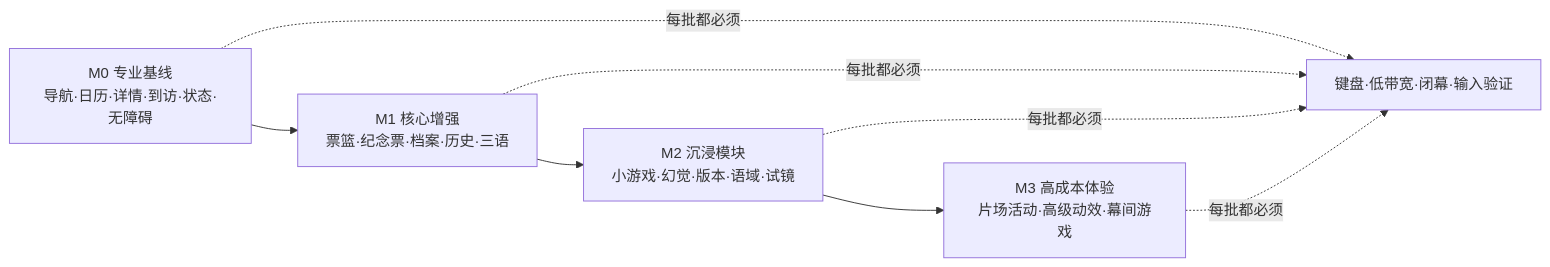
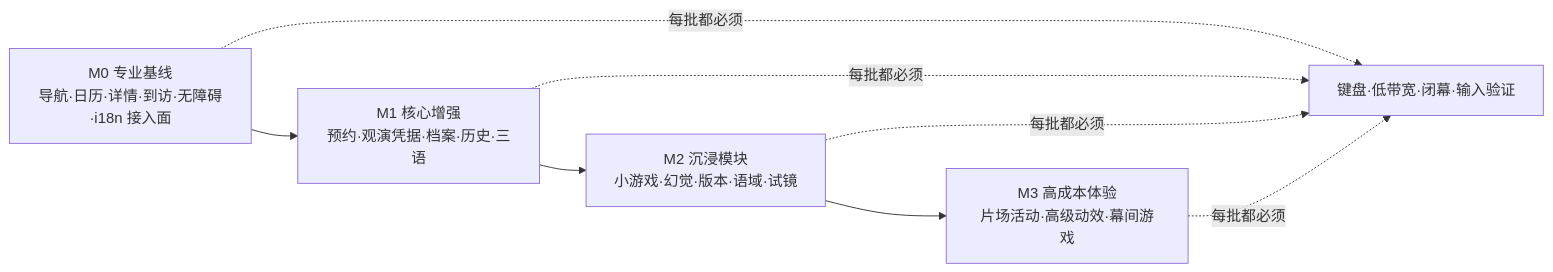
Before and after one commit to Selloryebir/crimson_troupe: the diagram in docs/blueprint/03_journeys/maps/12_开发顺序.mmd, drawn with Mermaid. The commit also changed 26 other files, not shown here.

```diff
--- a/docs/blueprint/03_journeys/maps/12_开发顺序.mmd
+++ b/docs/blueprint/03_journeys/maps/12_开发顺序.mmd
@@ -1,12 +1,12 @@
 flowchart LR
   M0[M0 专业基线
-导航·日历·详情·到访·状态·无障碍] --> M1[M1 核心增强
-票篮·纪念票·档案·历史·三语]
+导航·日历·详情·到访·无障碍·i18n 接入面] --> M1[M1 核心增强
+预约·观演凭据·档案·历史·三语]
   M1 --> M2[M2 沉浸模块
 小游戏·幻觉·版本·语域·试镜]
   M2 --> M3[M3 高成本体验
 片场活动·高级动效·幕间游戏]
   M0 -.每批都必须.-> Gate[键盘·低带宽·闭幕·输入验证]
   M1 -.每批都必须.-> Gate
   M2 -.每批都必须.-> Gate
   M3 -.每批都必须.-> Gate
```
